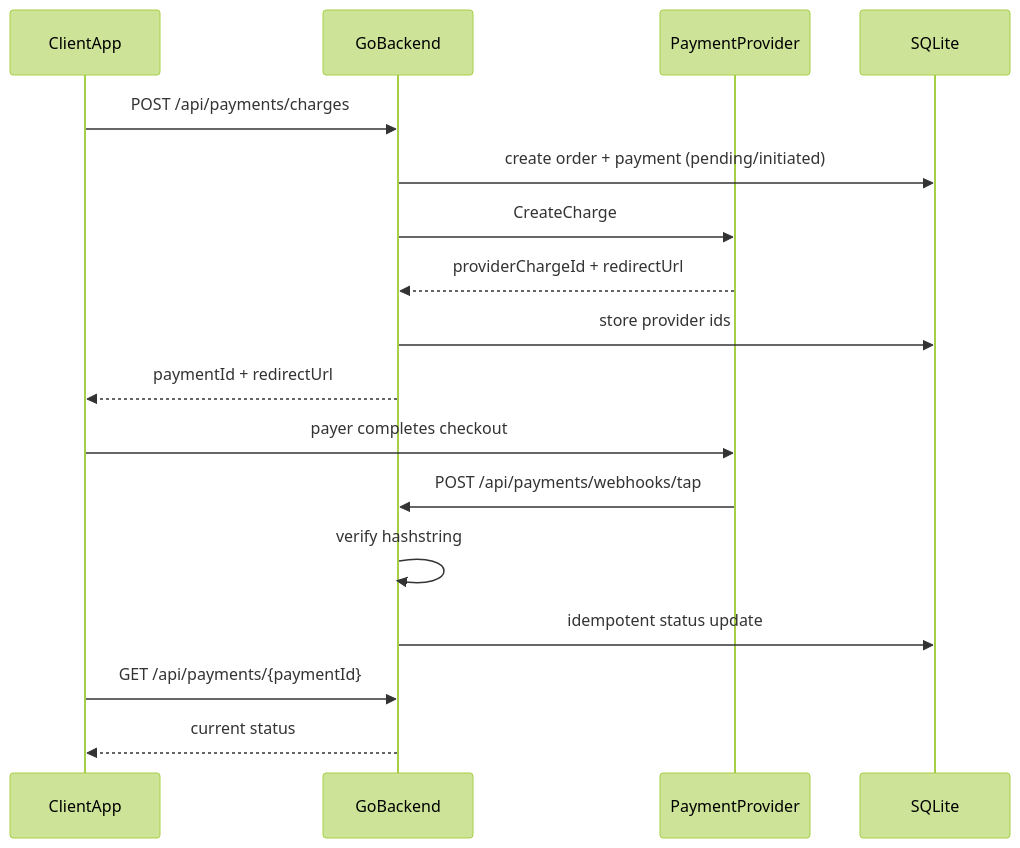
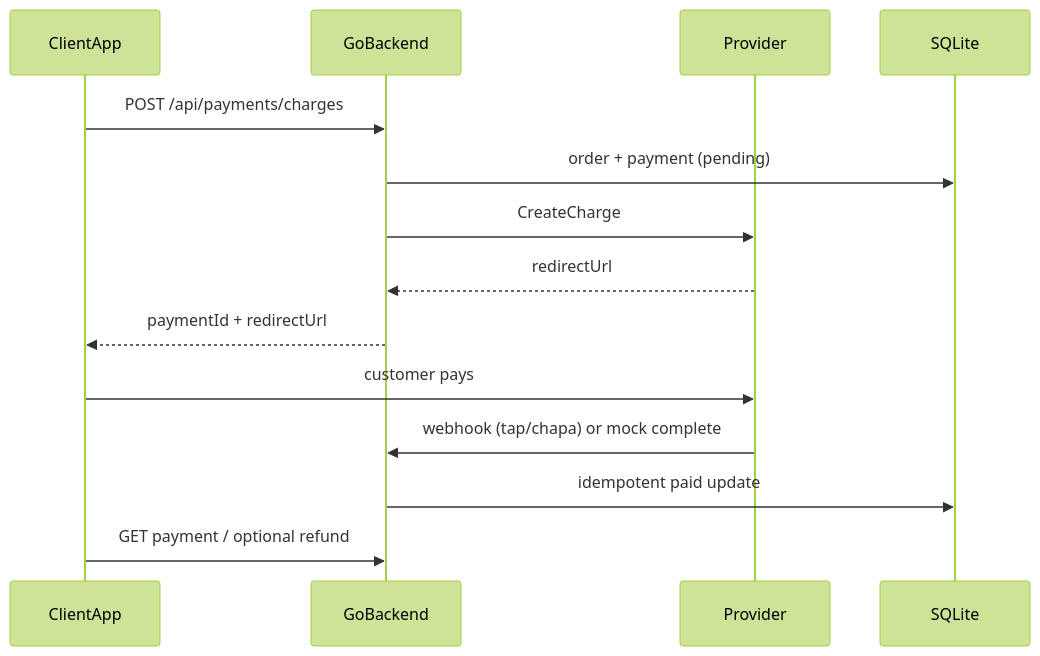
Before and after one commit to Samrwitt/Tap_Payment: the diagram in README.md, drawn with Mermaid (forest theme). The commit also changed other lines of this file and 18 other files, not shown here.

````diff
--- a/README.md
+++ b/README.md
@@ -17,20 +18,17 @@
 ```mermaid
 sequenceDiagram
   participant App as ClientApp
   participant API as GoBackend
-  participant Prov as PaymentProvider
+  participant Prov as Provider
   participant DB as SQLite
 
   App->>API: POST /api/payments/charges
-  API->>DB: create order + payment (pending/initiated)
+  API->>DB: order + payment (pending)
   API->>Prov: CreateCharge
-  Prov-->>API: providerChargeId + redirectUrl
-  API->>DB: store provider ids
+  Prov-->>API: redirectUrl
   API-->>App: paymentId + redirectUrl
-  App->>Prov: payer completes checkout
-  Prov->>API: POST /api/payments/webhooks/tap
-  API->>API: verify hashstring
-  API->>DB: idempotent status update
-  App->>API: GET /api/payments/{paymentId}
-  API-->>App: current status
+  App->>Prov: customer pays
+  Prov->>API: webhook (tap/chapa) or mock complete
+  API->>DB: idempotent paid update
+  App->>API: GET payment / optional refund
 ```
````
